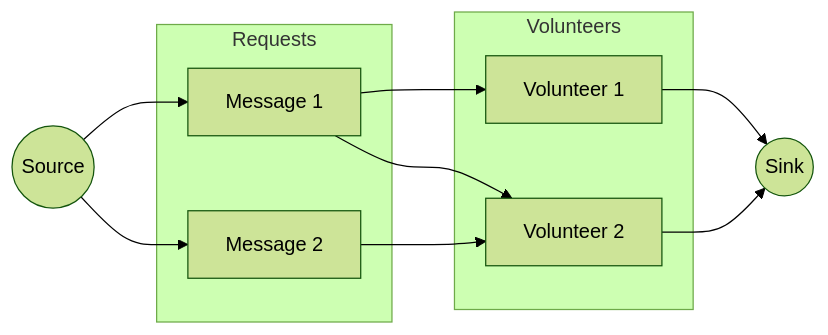
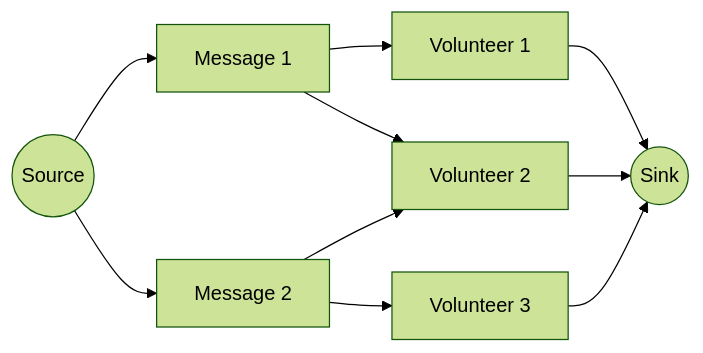
The first of 2 diagrams in README.md (sara-grinshtein/backend-ASP.NET-Core), drawn with Mermaid (forest theme) before and after one commit. The commit also changed other lines of this file, not shown here.

````diff
--- a/README.md
+++ b/README.md
@@ -167,22 +24,22 @@
 ```mermaid
 flowchart LR
-    subgraph Requests
-        M1["Message 1"]
-        M2["Message 2"]
-    end
+    S((Source))
+    M1[Message 1]
+    M2[Message 2]
+    V1[Volunteer 1]
+    V2[Volunteer 2]
+    V3[Volunteer 3]
+    T((Sink))
 
-    subgraph Volunteers
-        V1["Volunteer 1"]
-        V2["Volunteer 2"]
-    end
-
-    Source((Source)) --> M1
-    Source((Source)) --> M2
+    S --> M1
+    S --> M2
 
     M1 --> V1
     M1 --> V2
     M2 --> V2
+    M2 --> V3
 
-    V1 --> Sink((Sink))
-    V2 --> Sink((Sink))
+    V1 --> T
+    V2 --> T
+    V3 --> T
 ```
````
